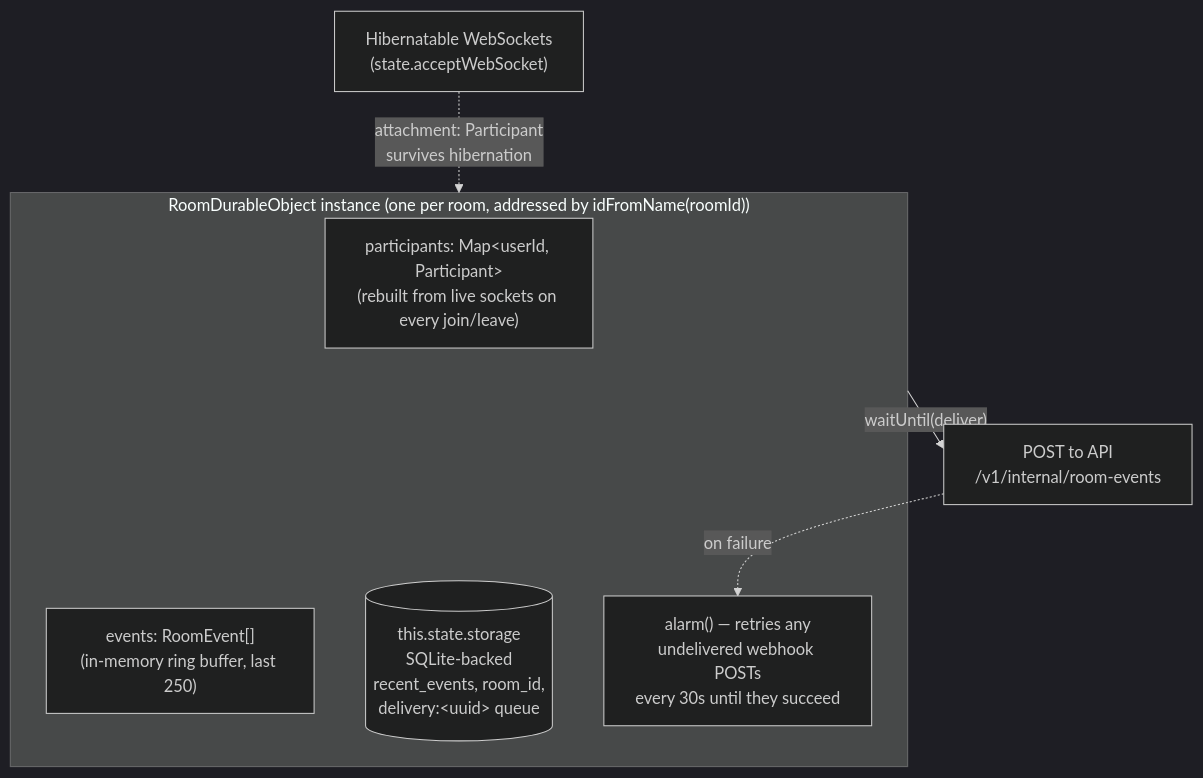
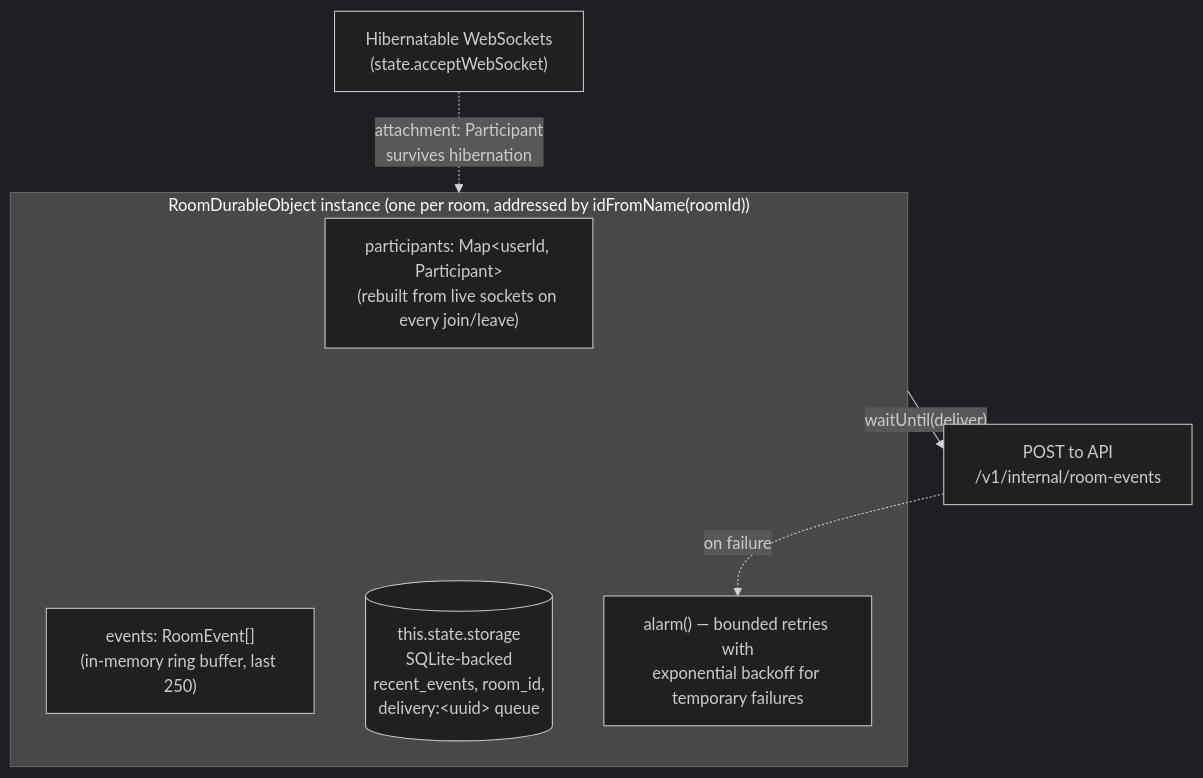
The first of 6 diagrams in docs/realtime.md (hoangsonww/Threadline-RealTime-Collab), drawn with Mermaid (dark theme) before and after one commit. The commit also changed other lines of this file and 8 other files, not shown here.

````diff
--- a/docs/realtime.md
+++ b/docs/realtime.md
@@ -16,12 +16,12 @@
 ```mermaid
 graph TB
     subgraph DO["RoomDurableObject instance (one per room, addressed by idFromName(roomId))"]
         PART["participants: Map&lt;userId, Participant&gt;<br/>(rebuilt from live sockets on every join/leave)"]
         EVENTS["events: RoomEvent[]<br/>(in-memory ring buffer, last 250)"]
         STORAGE[("this.state.storage<br/>SQLite-backed<br/>recent_events, room_id,<br/>delivery:&lt;uuid&gt; queue")]
-        ALARM["alarm() — retries any<br/>undelivered webhook POSTs<br/>every 30s until they succeed"]
+        ALARM["alarm() — bounded retries with<br/>exponential backoff for temporary failures"]
     end
     SOCKETS["Hibernatable WebSockets<br/>(state.acceptWebSocket)"] -.->|"attachment: Participant<br/>survives hibernation"| DO
     DO -->|"waitUntil(deliver)"| WEBHOOK["POST to API<br/>/v1/internal/room-events"]
     WEBHOOK -.->|"on failure"| ALARM
 ```
````
